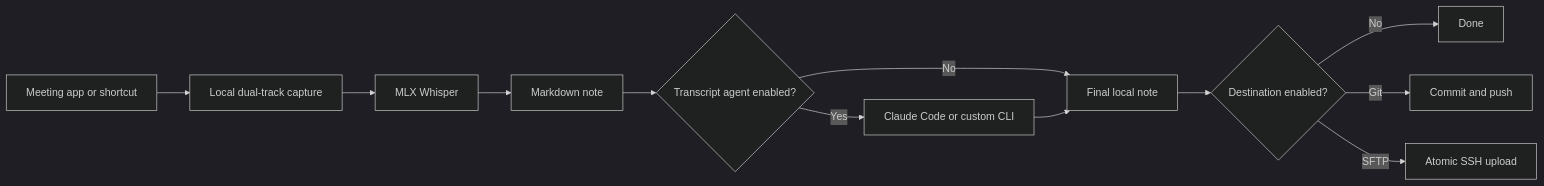
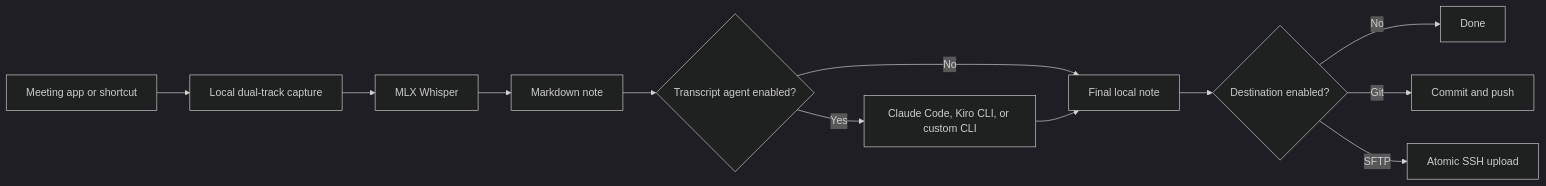
One commit to alejacre/meetscribe changed the diagram in README.md. Above: the diagram before and after it, drawn with Mermaid (dark theme). The commit also changed other lines of this file and 16 other files, not shown here.

````diff
--- a/README.md
+++ b/README.md
@@ -41,14 +41,14 @@
 ```mermaid
 flowchart LR
     A[Meeting app or shortcut] --> B[Local dual-track capture]
     B --> C[MLX Whisper]
     C --> D[Markdown note]
     D --> E{Transcript agent enabled?}
     E -- No --> F[Final local note]
-    E -- Yes --> G[Claude Code or custom CLI]
+    E -- Yes --> G[Claude Code, Kiro CLI, or custom CLI]
     G --> F
     F --> H{Destination enabled?}
     H -- No --> I[Done]
     H -- Git --> J[Commit and push]
     H -- SFTP --> K[Atomic SSH upload]
 ```
````
